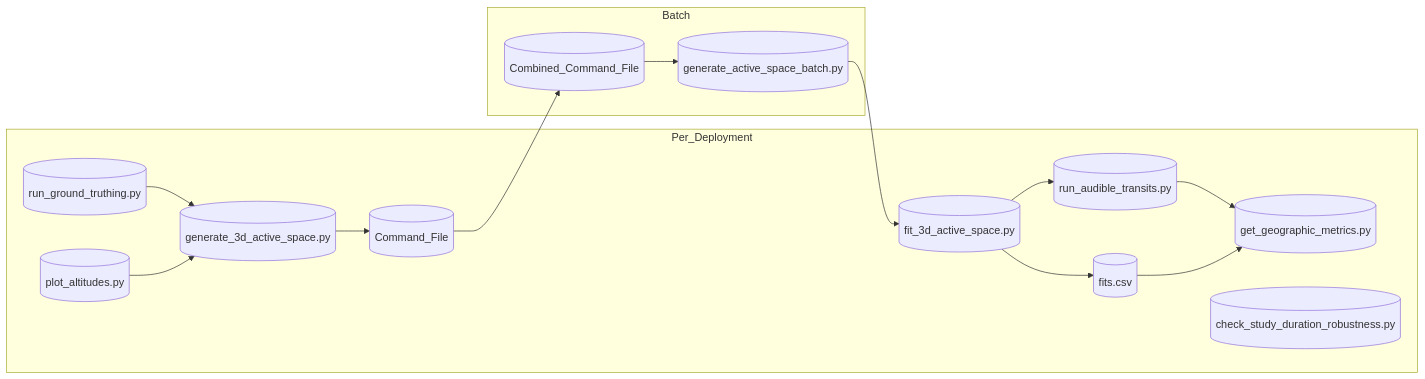
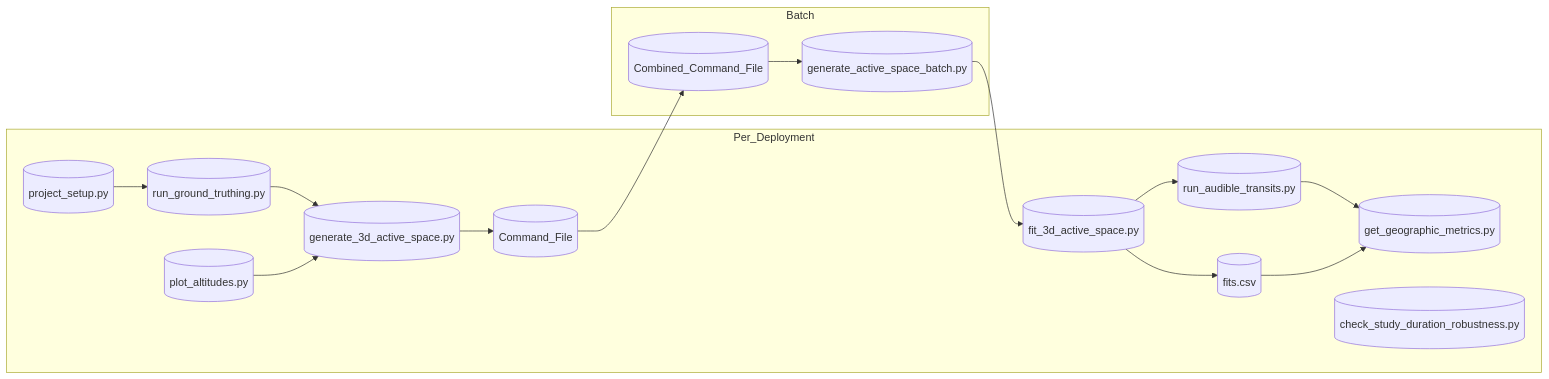
The fourth of 5 diagrams in nps_active_space/scripts/README.md (dbetchkal/NPS-ActiveSpace), drawn with Mermaid before and after one commit. The commit also changed other lines of this file, not shown here.

Commit message:
update mermaid diagrams with project_setup.py

````diff
--- a/nps_active_space/scripts/README.md
+++ b/nps_active_space/scripts/README.md
@@ -108,33 +111,35 @@
 ```mermaid
 graph LR
 
    %% Groups
    subgraph Per_Deployment
+      project_setup.py[(project_setup.py)]
       run_ground_truthing.py[(run_ground_truthing.py)]
       plot_altitudes.py[(plot_altitudes.py)]
       generate_3d_active_space.py[(generate_3d_active_space.py)]
       fit_3d_active_space.py[(fit_3d_active_space.py)]
       fits.csv[(fits.csv)]
       run_audible_transits.py[(run_audible_transits.py)]
       get_geographic_metrics.py[(get_geographic_metrics.py)]
       Command_File[(Command_File)]
       check_study_duration_robustness.py[(check_study_duration_robustness.py)]
    end
 
    subgraph Batch
       Combined_Command_File[(Combined_Command_File)]
       generate_active_space_batch.py[(generate_active_space_batch.py)]
    end
 
+project_setup.py --> run_ground_truthing.py
 run_ground_truthing.py --> generate_3d_active_space.py
 plot_altitudes.py --> generate_3d_active_space.py
 generate_3d_active_space.py --> Command_File
 Command_File --> Combined_Command_File
 Combined_Command_File --> generate_active_space_batch.py
 generate_active_space_batch.py --> fit_3d_active_space.py
 fit_3d_active_space.py --> fits.csv
 fit_3d_active_space.py --> run_audible_transits.py
 run_audible_transits.py --> get_geographic_metrics.py
 fits.csv --> get_geographic_metrics.py
 check_study_duration_robustness.py
 ```
````
